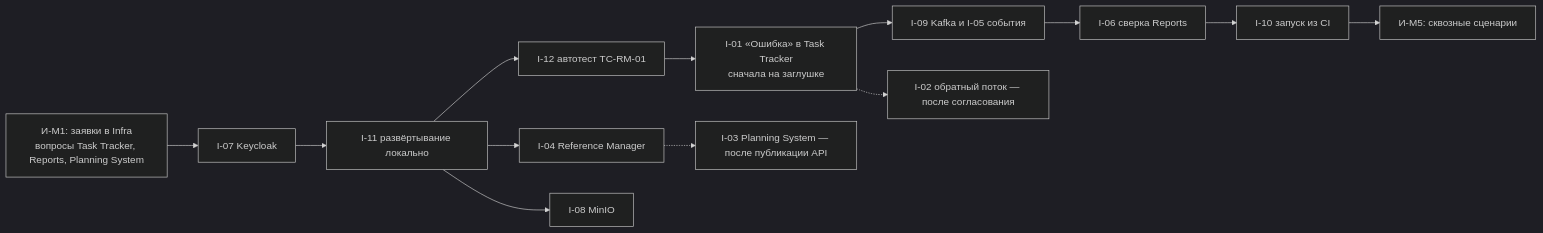
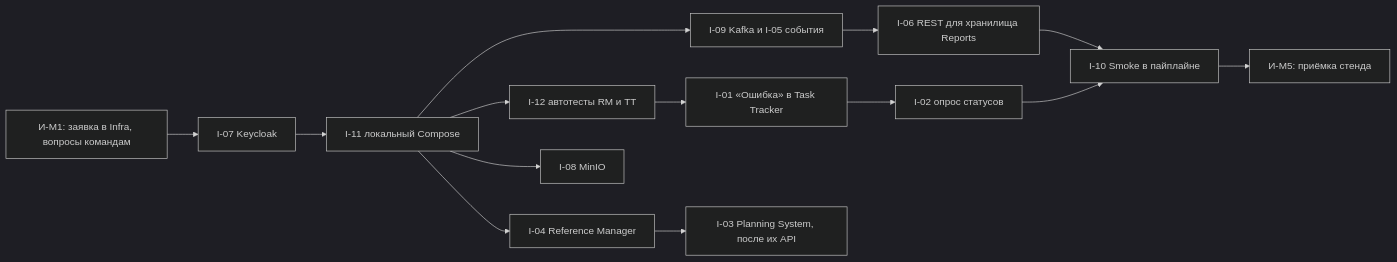
Before and after one commit to MEPhI-C22-501/arch-info-system-monorepo: the diagram in qa/docs/160.integration-plan.md, drawn with Mermaid (dark theme). The commit also changed other lines of this file and 36 other files, not shown here.

````diff
--- a/qa/docs/160.integration-plan.md
+++ b/qa/docs/160.integration-plan.md
@@ -37,15 +39,16 @@
 ```mermaid
 flowchart LR
-    A["И-M1: заявки в Infra<br/>вопросы Task Tracker, Reports, Planning System"] --> B["I-07 Keycloak"]
-    B --> C["I-11 развёртывание локально"]
-    C --> D["I-12 автотест TC-RM-01"]
-    D --> E["I-01 «Ошибка» в Task Tracker<br/>сначала на заглушке"]
-    E --> F["I-09 Kafka и I-05 события"]
-    F --> G["I-06 сверка Reports"]
-    C --> H["I-04 Reference Manager"]
-    C --> I["I-08 MinIO"]
-    G --> J["I-10 запуск из CI"]
-    J --> K["И-M5: сквозные сценарии"]
-    E -.-> L["I-02 обратный поток — после согласования"]
-    H -.-> M["I-03 Planning System — после публикации API"]
+    A["И-M1: заявка в Infra, вопросы командам"] --> B["I-07 Keycloak"]
+    B --> C["I-11 локальный Compose"]
+    C --> D["I-12 автотесты RM и TT"]
+    D --> E["I-01 «Ошибка» в Task Tracker"]
+    E --> F["I-02 опрос статусов"]
+    C --> G["I-09 Kafka и I-05 события"]
+    G --> H["I-06 REST для хранилища Reports"]
+    C --> I["I-04 Reference Manager"]
+    C --> J["I-08 MinIO"]
+    I --> K["I-03 Planning System, после их API"]
+    H --> L["I-10 Smoke в пайплайне"]
+    F --> L
+    L --> M["И-M5: приёмка стенда"]
 ```
````
